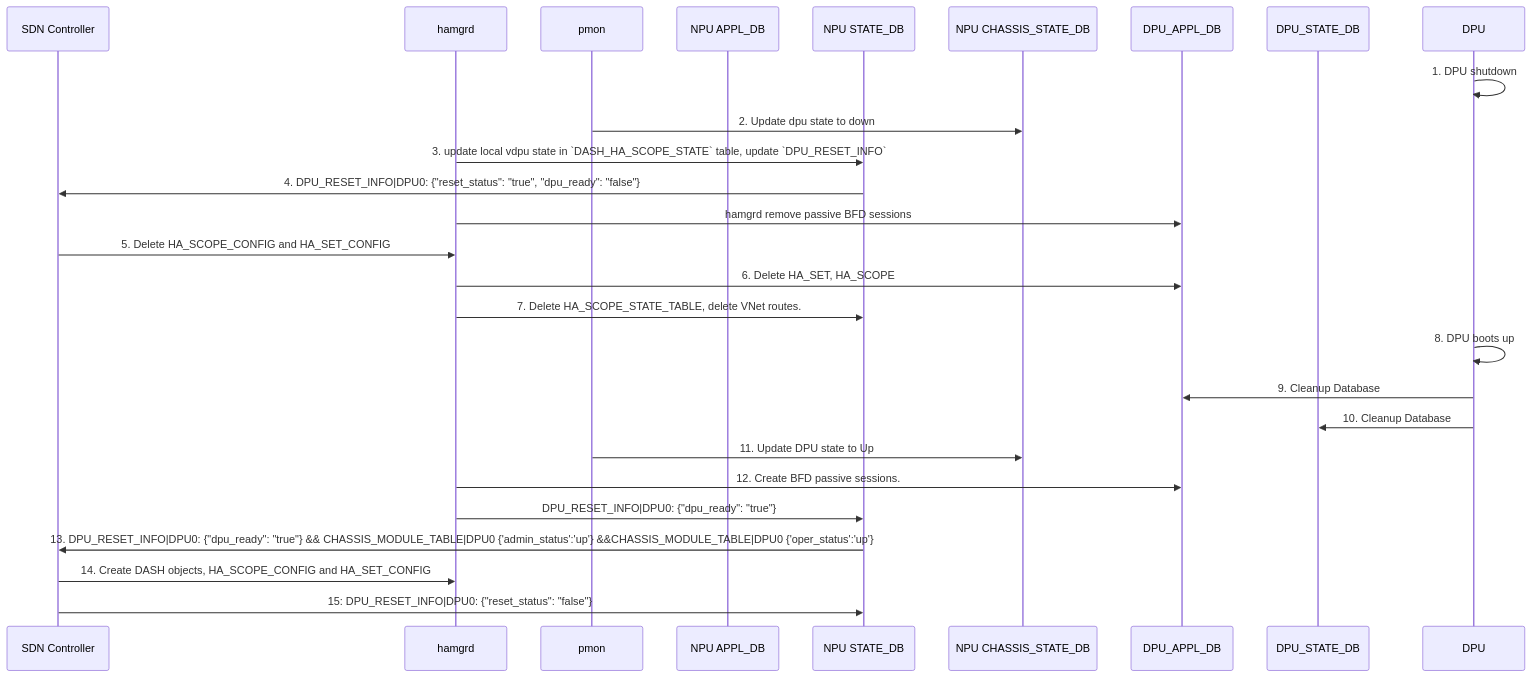
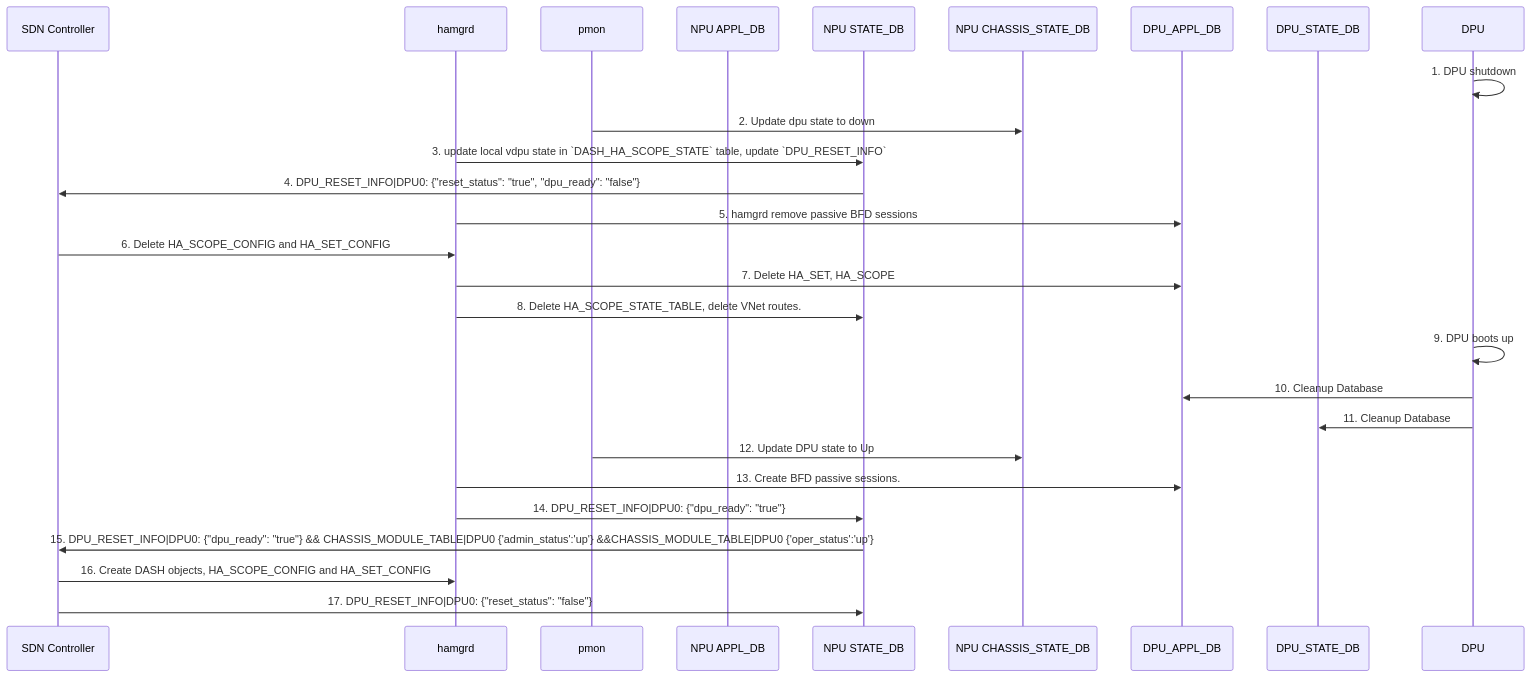
The diagram in doc/smart-switch/high-availability/dpu_reboot.md (sonic-net/SONiC), drawn with Mermaid before and after one commit. The commit also changed other lines of this file, not shown here.

````diff
--- a/doc/smart-switch/high-availability/dpu_reboot.md
+++ b/doc/smart-switch/high-availability/dpu_reboot.md
@@ -33,33 +33,33 @@
 ```mermaid
 sequenceDiagram
     participant SDN Controller
     participant hamgrd
     participant pmon
     participant NPU APPL_DB
     participant NPU STATE_DB
     participant NPU CHASSIS_STATE_DB
     participant DPU_APPL_DB
     participant DPU_STATE_DB
     participant DPU
 
     DPU->>DPU: 1. DPU shutdown
     pmon->>NPU CHASSIS_STATE_DB: 2. Update dpu state to down
     hamgrd->>NPU STATE_DB: 3. update local vdpu state in `DASH_HA_SCOPE_STATE` table, update `DPU_RESET_INFO`
     NPU STATE_DB->>SDN Controller: 4. DPU_RESET_INFO|DPU0: {"reset_status": "true", "dpu_ready": "false"}
-    hamgrd->>DPU_APPL_DB: hamgrd remove passive BFD sessions
-    SDN Controller->>hamgrd: 5. Delete HA_SCOPE_CONFIG and HA_SET_CONFIG
-    hamgrd->>DPU_APPL_DB: 6. Delete HA_SET, HA_SCOPE
-    hamgrd->>NPU STATE_DB: 7. Delete HA_SCOPE_STATE_TABLE, delete VNet routes.
-    DPU->>DPU: 8. DPU boots up 
-    DPU->>DPU_APPL_DB: 9. Cleanup Database
-    DPU->>DPU_STATE_DB: 10. Cleanup Database
-    pmon->>NPU CHASSIS_STATE_DB: 11. Update DPU state to Up
-    hamgrd->>DPU_APPL_DB: 12. Create BFD passive sessions. 
-    hamgrd->>NPU STATE_DB: DPU_RESET_INFO|DPU0: {"dpu_ready": "true"}
+    hamgrd->>DPU_APPL_DB: 5. hamgrd remove passive BFD sessions
+    SDN Controller->>hamgrd: 6. Delete HA_SCOPE_CONFIG and HA_SET_CONFIG
+    hamgrd->>DPU_APPL_DB: 7. Delete HA_SET, HA_SCOPE
+    hamgrd->>NPU STATE_DB: 8. Delete HA_SCOPE_STATE_TABLE, delete VNet routes.
+    DPU->>DPU: 9. DPU boots up 
+    DPU->>DPU_APPL_DB: 10. Cleanup Database
+    DPU->>DPU_STATE_DB: 11. Cleanup Database
+    pmon->>NPU CHASSIS_STATE_DB: 12. Update DPU state to Up
+    hamgrd->>DPU_APPL_DB: 13. Create BFD passive sessions. 
+    hamgrd->>NPU STATE_DB: 14. DPU_RESET_INFO|DPU0: {"dpu_ready": "true"}
 
-    NPU STATE_DB->>SDN Controller: 13. DPU_RESET_INFO|DPU0: {"dpu_ready": "true"} && CHASSIS_MODULE_TABLE|DPU0 {'admin_status':'up'} &&CHASSIS_MODULE_TABLE|DPU0 {'oper_status':'up'} 
+    NPU STATE_DB->>SDN Controller: 15. DPU_RESET_INFO|DPU0: {"dpu_ready": "true"} && CHASSIS_MODULE_TABLE|DPU0 {'admin_status':'up'} &&CHASSIS_MODULE_TABLE|DPU0 {'oper_status':'up'} 
 
 
-    SDN Controller->>hamgrd: 14. Create DASH objects, HA_SCOPE_CONFIG and HA_SET_CONFIG 
-    SDN Controller->>NPU STATE_DB: 15: DPU_RESET_INFO|DPU0: {"reset_status": "false"}
+    SDN Controller->>hamgrd: 16. Create DASH objects, HA_SCOPE_CONFIG and HA_SET_CONFIG 
+    SDN Controller->>NPU STATE_DB: 17. DPU_RESET_INFO|DPU0: {"reset_status": "false"}
 ```
````
